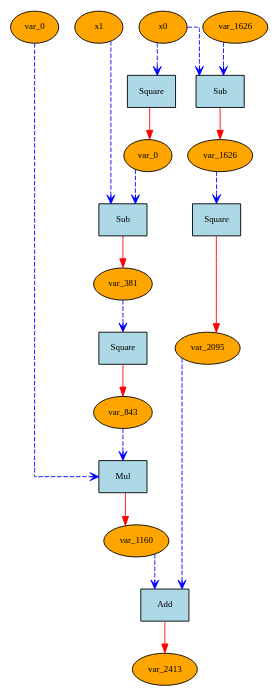
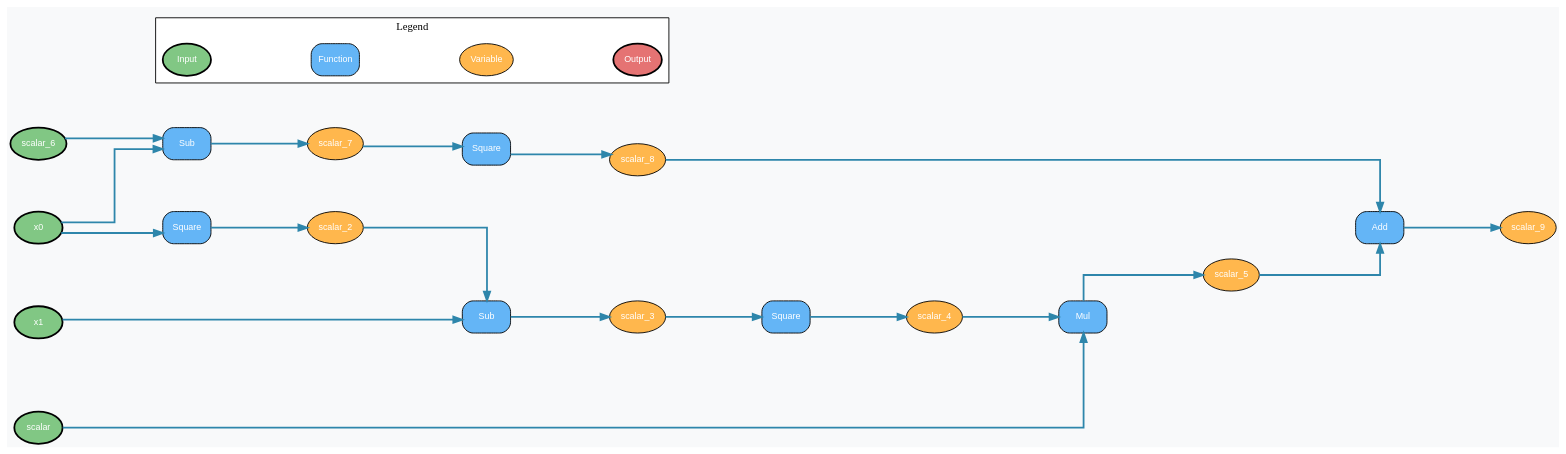
One commit to 3QNRpDwD/TrenchDeep changed the diagram in graph/rosenbrock.dot. Above: the diagram before and after it, drawn with Graphviz. The commit also changed 3 other files, not shown here.

```diff
--- a/graph/rosenbrock.dot
+++ b/graph/rosenbrock.dot
@@ -1,43 +1,64 @@
 digraph ComputationGraph {
-      // start graph
-                    splines=ortho;
-                  // orthogonal edges
-                    node [shape=ellipse, style=filled, fillcolor=lightgoldenrod1, fontsize=10];
-    { rank=source; "0x26dd244c310"; "0x26dd244b870"; "0x26dd244c3b0"; "0x26dd244b0f0"; }
-    "0x26dd244c3b0" [label="x0", style=filled, fillcolor=orange];
-    "0x26dd2447d80" [label="Square", shape=box, style=filled, fillcolor=lightblue];
-    "0x26dd244bff0" [label="var_0", style=filled, fillcolor=orange];
-    "0x26dd244c3b0" -> "0x26dd2447d80" [style=dashed, color=blue, arrowhead=vee];
-    "0x26dd2447d80" -> "0x26dd244bff0" [style=solid, color=red, arrowtail=vee];
-    "0x26dd244b0f0" [label="x1", style=filled, fillcolor=orange];
-    "0x26dd2447f00" [label="Sub", shape=box, style=filled, fillcolor=lightblue];
-    "0x26dd244c1d0" [label="var_381", style=filled, fillcolor=orange];
-    "0x26dd244b0f0" -> "0x26dd2447f00" [style=dashed, color=blue, arrowhead=vee];
-    "0x26dd244bff0" -> "0x26dd2447f00" [style=dashed, color=blue, arrowhead=vee];
-    "0x26dd2447f00" -> "0x26dd244c1d0" [style=solid, color=red, arrowtail=vee];
-    "0x26dd2447db0" [label="Square", shape=box, style=filled, fillcolor=lightblue];
-    "0x26dd244a8d0" [label="var_843", style=filled, fillcolor=orange];
-    "0x26dd244c1d0" -> "0x26dd2447db0" [style=dashed, color=blue, arrowhead=vee];
-    "0x26dd2447db0" -> "0x26dd244a8d0" [style=solid, color=red, arrowtail=vee];
-    "0x26dd244c310" [label="var_0", style=filled, fillcolor=orange];
-    "0x26dd2447f30" [label="Mul", shape=box, style=filled, fillcolor=lightblue];
-    "0x26dd244add0" [label="var_1160", style=filled, fillcolor=orange];
-    "0x26dd244c310" -> "0x26dd2447f30" [style=dashed, color=blue, arrowhead=vee];
-    "0x26dd244a8d0" -> "0x26dd2447f30" [style=dashed, color=blue, arrowhead=vee];
-    "0x26dd2447f30" -> "0x26dd244add0" [style=solid, color=red, arrowtail=vee];
-    "0x26dd244b870" [label="var_1626", style=filled, fillcolor=orange];
-    "0x26dd2447c30" [label="Sub", shape=box, style=filled, fillcolor=lightblue];
-    "0x26dd244b910" [label="var_1626", style=filled, fillcolor=orange];
-    "0x26dd244b870" -> "0x26dd2447c30" [style=dashed, color=blue, arrowhead=vee];
-    "0x26dd244c3b0" -> "0x26dd2447c30" [style=dashed, color=blue, arrowhead=vee];
-    "0x26dd2447c30" -> "0x26dd244b910" [style=solid, color=red, arrowtail=vee];
-    "0x26dd2447de0" [label="Square", shape=box, style=filled, fillcolor=lightblue];
-    "0x26dd244beb0" [label="var_2095", style=filled, fillcolor=orange];
-    "0x26dd244b910" -> "0x26dd2447de0" [style=dashed, color=blue, arrowhead=vee];
-    "0x26dd2447de0" -> "0x26dd244beb0" [style=solid, color=red, arrowtail=vee];
-    "0x26dd24480b0" [label="Add", shape=box, style=filled, fillcolor=lightblue];
-    "0x26dd244b9b0" [label="var_2413", style=filled, fillcolor=orange];
-    "0x26dd244add0" -> "0x26dd24480b0" [style=dashed, color=blue, arrowhead=vee];
-    "0x26dd244beb0" -> "0x26dd24480b0" [style=dashed, color=blue, arrowhead=vee];
-    "0x26dd24480b0" -> "0x26dd244b9b0" [style=solid, color=red, arrowtail=vee];
+bgcolor="#F8F9FA";
+rankdir=LR;  // 좌우 배치로 데이터 흐름을 더 직관적으로
+splines=ortho;
+nodesep=0.8;
+ranksep=1.5;
+node [fontname="Arial", fontsize=10];
+edge [fontname="Arial", fontsize=8];
+
+    "0x269d4f5e8f0" [label="scalar_3", shape=ellipse, style="filled", fillcolor="#FFB74D", fontcolor="white"];
+    "0x269d4f5ea30" [label="scalar_5", shape=ellipse, style="filled", fillcolor="#FFB74D", fontcolor="white"];
+    "0x269d4f44cd0" [label="Square", shape=box, style="filled,rounded", fillcolor="#64B5F6", fontcolor="white"];
+    "0x269d4f44be0" [label="Add", shape=box, style="filled,rounded", fillcolor="#64B5F6", fontcolor="white"];
+    "0x269d4f5e990" [label="scalar_4", shape=ellipse, style="filled", fillcolor="#FFB74D", fontcolor="white"];
+    "0x269d4f5f110" [label="scalar_2", shape=ellipse, style="filled", fillcolor="#FFB74D", fontcolor="white"];
+    "0x269d4f5e7b0" [label="x1", shape=ellipse, style="filled,bold", fillcolor="#81C784", fontcolor="white"];
+    "0x269d4f5f070" [label="scalar", shape=ellipse, style="filled,bold", fillcolor="#81C784", fontcolor="white"];
+    "0x269d4f5c340" [label="scalar_9", shape=ellipse, style="filled", fillcolor="#FFB74D", fontcolor="white"];
+    "0x269d4f5c2a0" [label="scalar_6", shape=ellipse, style="filled,bold", fillcolor="#81C784", fontcolor="white"];
+    "0x269d4f44d00" [label="Sub", shape=box, style="filled,rounded", fillcolor="#64B5F6", fontcolor="white"];
+    "0x269d4f5cd40" [label="scalar_7", shape=ellipse, style="filled", fillcolor="#FFB74D", fontcolor="white"];
+    "0x269d4f5e530" [label="x0", shape=ellipse, style="filled,bold", fillcolor="#81C784", fontcolor="white"];
+    "0x269d4f44c10" [label="Mul", shape=box, style="filled,rounded", fillcolor="#64B5F6", fontcolor="white"];
+    "0x269d4f44c40" [label="Square", shape=box, style="filled,rounded", fillcolor="#64B5F6", fontcolor="white"];
+    "0x269d4f44b80" [label="Square", shape=box, style="filled,rounded", fillcolor="#64B5F6", fontcolor="white"];
+    "0x269d4f5ca20" [label="scalar_8", shape=ellipse, style="filled", fillcolor="#FFB74D", fontcolor="white"];
+    "0x269d4f44bb0" [label="Sub", shape=box, style="filled,rounded", fillcolor="#64B5F6", fontcolor="white"];
+    { rank=source; "0x269d4f5e7b0"; "0x269d4f5f070"; "0x269d4f5c2a0"; "0x269d4f5e530"; }
+
+    // 범례
+    subgraph cluster_legend {
+        label="Legend";
+        style=filled;
+        fillcolor="#FFFFFF";
+        fontsize=12;
+        fontname="Arial Bold";
+        
+        legend_input [label="Input", shape=ellipse, style="filled,bold", fillcolor="#81C784", fontcolor="white"];
+        legend_func [label="Function", shape=box, style="filled,rounded", fillcolor="#64B5F6", fontcolor="white"];
+        legend_var [label="Variable", shape=ellipse, style="filled", fillcolor="#FFB74D", fontcolor="white"];
+        legend_output [label="Output", shape=ellipse, style="filled,bold", fillcolor="#E57373", fontcolor="white"];
+        
+        legend_input -> legend_func -> legend_var -> legend_output [style=invis];
+    }
+
+    "0x269d4f5e530" -> "0x269d4f44c40" [style=solid, color="#2E86AB", penwidth=2];
+    "0x269d4f44c40" -> "0x269d4f5f110" [style=solid, color="#2E86AB", penwidth=2];
+    "0x269d4f5e7b0" -> "0x269d4f44bb0" [style=solid, color="#2E86AB", penwidth=2];
+    "0x269d4f5f110" -> "0x269d4f44bb0" [style=solid, color="#2E86AB", penwidth=2];
+    "0x269d4f44bb0" -> "0x269d4f5e8f0" [style=solid, color="#2E86AB", penwidth=2];
+    "0x269d4f5e8f0" -> "0x269d4f44b80" [style=solid, color="#2E86AB", penwidth=2];
+    "0x269d4f44b80" -> "0x269d4f5e990" [style=solid, color="#2E86AB", penwidth=2];
+    "0x269d4f5f070" -> "0x269d4f44c10" [style=solid, color="#2E86AB", penwidth=2];
+    "0x269d4f5e990" -> "0x269d4f44c10" [style=solid, color="#2E86AB", penwidth=2];
+    "0x269d4f44c10" -> "0x269d4f5ea30" [style=solid, color="#2E86AB", penwidth=2];
+    "0x269d4f5c2a0" -> "0x269d4f44d00" [style=solid, color="#2E86AB", penwidth=2];
+    "0x269d4f5e530" -> "0x269d4f44d00" [style=solid, color="#2E86AB", penwidth=2];
+    "0x269d4f44d00" -> "0x269d4f5cd40" [style=solid, color="#2E86AB", penwidth=2];
+    "0x269d4f5cd40" -> "0x269d4f44cd0" [style=solid, color="#2E86AB", penwidth=2];
+    "0x269d4f44cd0" -> "0x269d4f5ca20" [style=solid, color="#2E86AB", penwidth=2];
+    "0x269d4f5ea30" -> "0x269d4f44be0" [style=solid, color="#2E86AB", penwidth=2];
+    "0x269d4f5ca20" -> "0x269d4f44be0" [style=solid, color="#2E86AB", penwidth=2];
+    "0x269d4f44be0" -> "0x269d4f5c340" [style=solid, color="#2E86AB", penwidth=2];
 }
```
